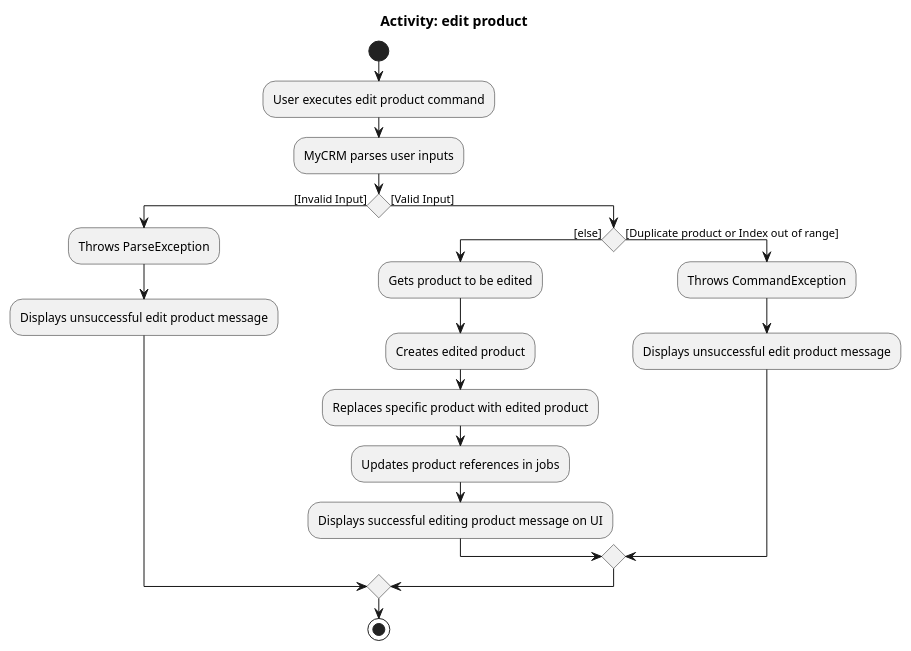
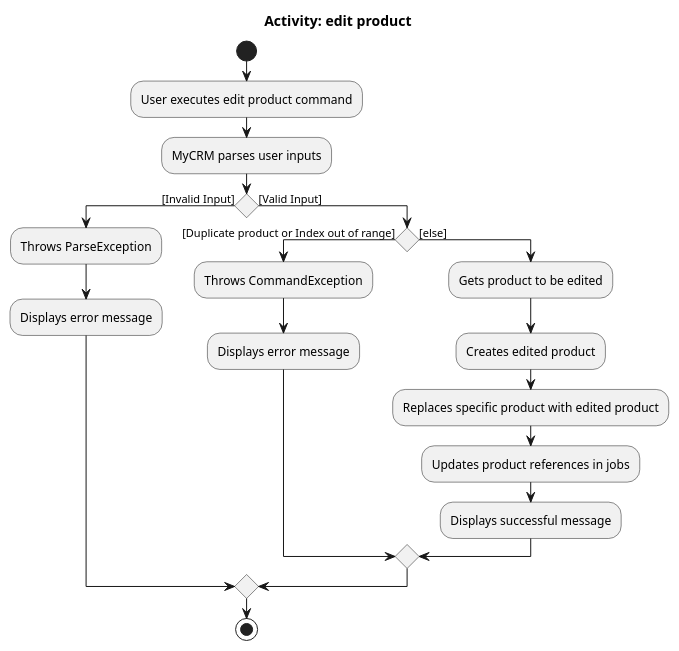
The diagram in docs/diagrams/product/EditProductActivityDiagram.puml (ooawagaeri/tp), drawn with PlantUML before and after one commit. The commit also changed 2 other files, not shown here.

Commit message:
Update DG: modify activity diagram.

```diff
--- a/docs/diagrams/product/EditProductActivityDiagram.puml
+++ b/docs/diagrams/product/EditProductActivityDiagram.puml
@@ -1,22 +1,22 @@
 @startuml
 start
 title Activity: edit product
 :User executes edit product command;
 :MyCRM parses user inputs;
 if () then ([Invalid Input])
     :Throws ParseException;
-    :Displays unsuccessful edit product message;
+    :Displays error message;
 else ([Valid Input])
-if () then ([else])
-:Gets product to be edited;
-:Creates edited product;
-:Replaces specific product with edited product;
-:Updates product references in jobs;
-:Displays successful editing product message on UI;
-else ([Duplicate product or Index out of range])
+if () then ([Duplicate product or Index out of range])
     :Throws CommandException;
-    :Displays unsuccessful edit product message;
+    :Displays error message;
+else ([else])
+    :Gets product to be edited;
+    :Creates edited product;
+    :Replaces specific product with edited product;
+    :Updates product references in jobs;
+    :Displays successful message;
 endif
 endif
 stop
 @enduml
```
